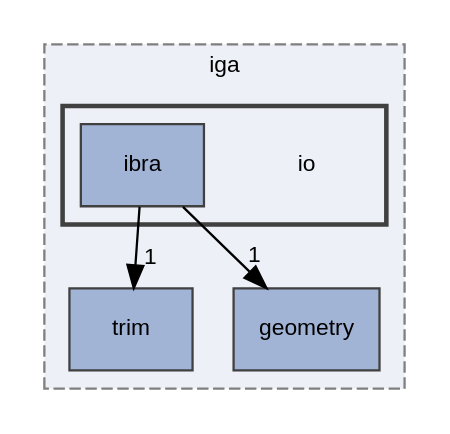
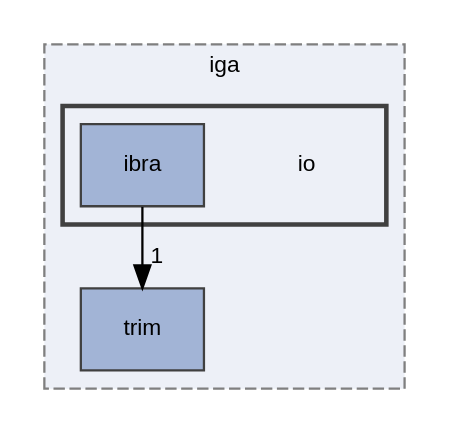
Before and after one commit to rath3t/dune-iga-doc: the diagram in dir_c3ccff8517fbe337b2b8ad503c3a1590_dep.dot, drawn with Graphviz. The commit also changed 1230 other files, not shown here.

```diff
--- a/dir_c3ccff8517fbe337b2b8ad503c3a1590_dep.dot
+++ b/dir_c3ccff8517fbe337b2b8ad503c3a1590_dep.dot
@@ -1,19 +1,17 @@
 digraph "io"
 {
  // LATEX_PDF_SIZE
   edge [fontname="Helvetica",fontsize="10",labelfontname="Helvetica",labelfontsize="10"];
   node [fontname="Helvetica",fontsize="10",shape=record];
   compound=true
   subgraph clusterdir_d2a3c23294a1b1015b1b8e8721ddded8 {
     graph [ bgcolor="#edf0f7", pencolor="grey50", style="filled,dashed,", label="iga", fontname="Helvetica", fontsize="10", URL="dir_d2a3c23294a1b1015b1b8e8721ddded8.html"]
   dir_3a8a27db37838cd238997301ec88b300 [shape=box, label="trim", style="filled,", fillcolor="#a2b4d6", color="grey25", URL="dir_3a8a27db37838cd238997301ec88b300.html"];
-  dir_b534248905b8119b36a62f0ff7e8fe43 [shape=box, label="geometry", style="filled,", fillcolor="#a2b4d6", color="grey25", URL="dir_b534248905b8119b36a62f0ff7e8fe43.html"];
   subgraph clusterdir_c3ccff8517fbe337b2b8ad503c3a1590 {
     graph [ bgcolor="#edf0f7", pencolor="grey25", style="filled,bold,", label="", fontname="Helvetica", fontsize="10", URL="dir_c3ccff8517fbe337b2b8ad503c3a1590.html"]
     dir_c3ccff8517fbe337b2b8ad503c3a1590 [shape=plaintext, label="io"];
   dir_440ded016e37adf92567ec9f8d67bf61 [shape=box, label="ibra", style="filled,", fillcolor="#a2b4d6", color="grey25", URL="dir_440ded016e37adf92567ec9f8d67bf61.html"];
   }
   }
-  dir_440ded016e37adf92567ec9f8d67bf61->dir_3a8a27db37838cd238997301ec88b300 [headlabel="1", labeldistance=1.5 headhref="dir_000005_000010.html"];
-  dir_440ded016e37adf92567ec9f8d67bf61->dir_b534248905b8119b36a62f0ff7e8fe43 [headlabel="1", labeldistance=1.5 headhref="dir_000005_000003.html"];
+  dir_440ded016e37adf92567ec9f8d67bf61->dir_3a8a27db37838cd238997301ec88b300 [headlabel="1", labeldistance=1.5 headhref="dir_000005_000011.html"];
 }
```
